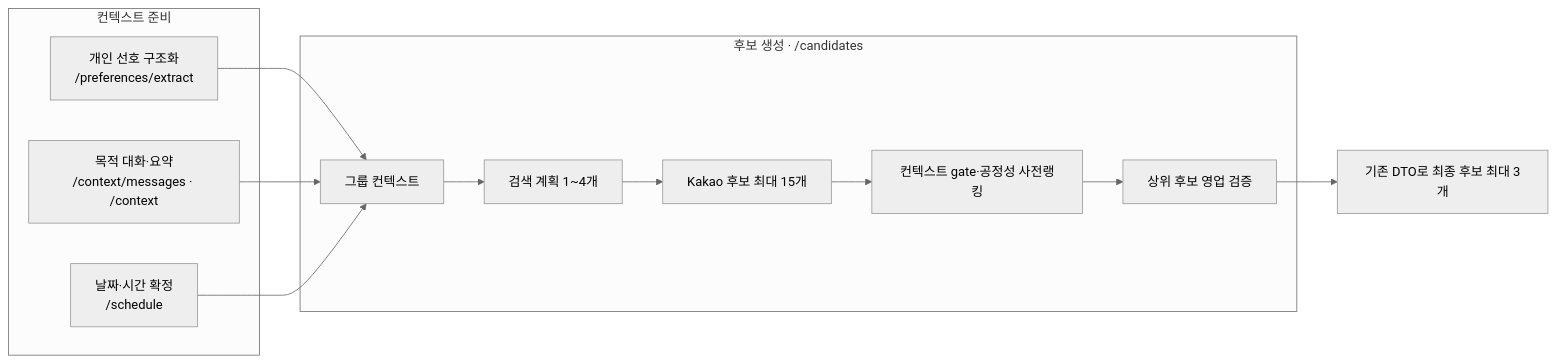
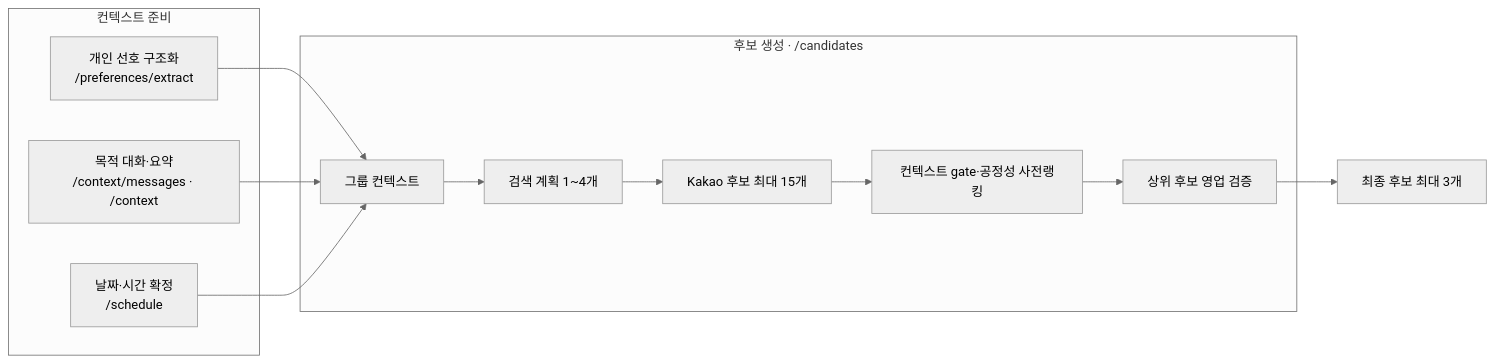
Before and after one commit to damoyeo-team20/damoyeo-AI: the second of 2 diagrams in README.md, drawn with Mermaid (neutral theme). The commit also changed other lines of this file, not shown here.

````diff
--- a/README.md
+++ b/README.md
@@ -90,21 +46,21 @@
 ```mermaid
 flowchart LR
     subgraph PREP["컨텍스트 준비"]
         P["개인 선호 구조화<br/>/preferences/extract"]
         C["목적 대화·요약<br/>/context/messages · /context"]
         S["날짜·시간 확정<br/>/schedule"]
     end
 
     P --> G["그룹 컨텍스트"]
     C --> G
     S --> G
 
     subgraph DECISION["후보 생성 · /candidates"]
         G --> A["검색 계획 1~4개"]
         A --> K["Kakao 후보 최대 15개"]
         K --> R["컨텍스트 gate·공정성 사전랭킹"]
         R --> V["상위 후보 영업 검증"]
     end
 
-    V --> O["기존 DTO로 최종 후보 최대 3개"]
+    V --> O["최종 후보 최대 3개"]
 ```
````
